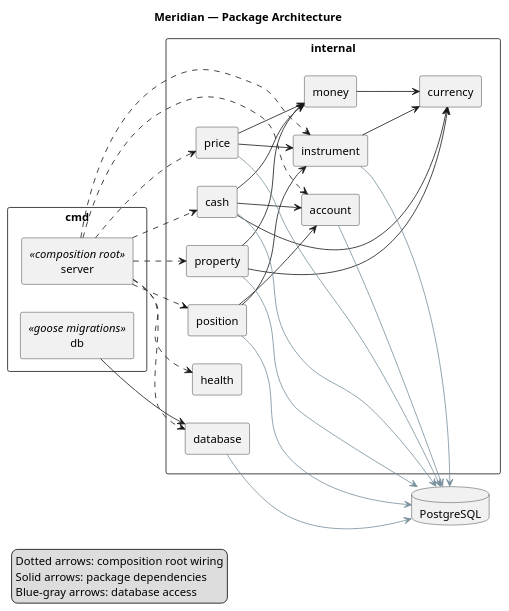
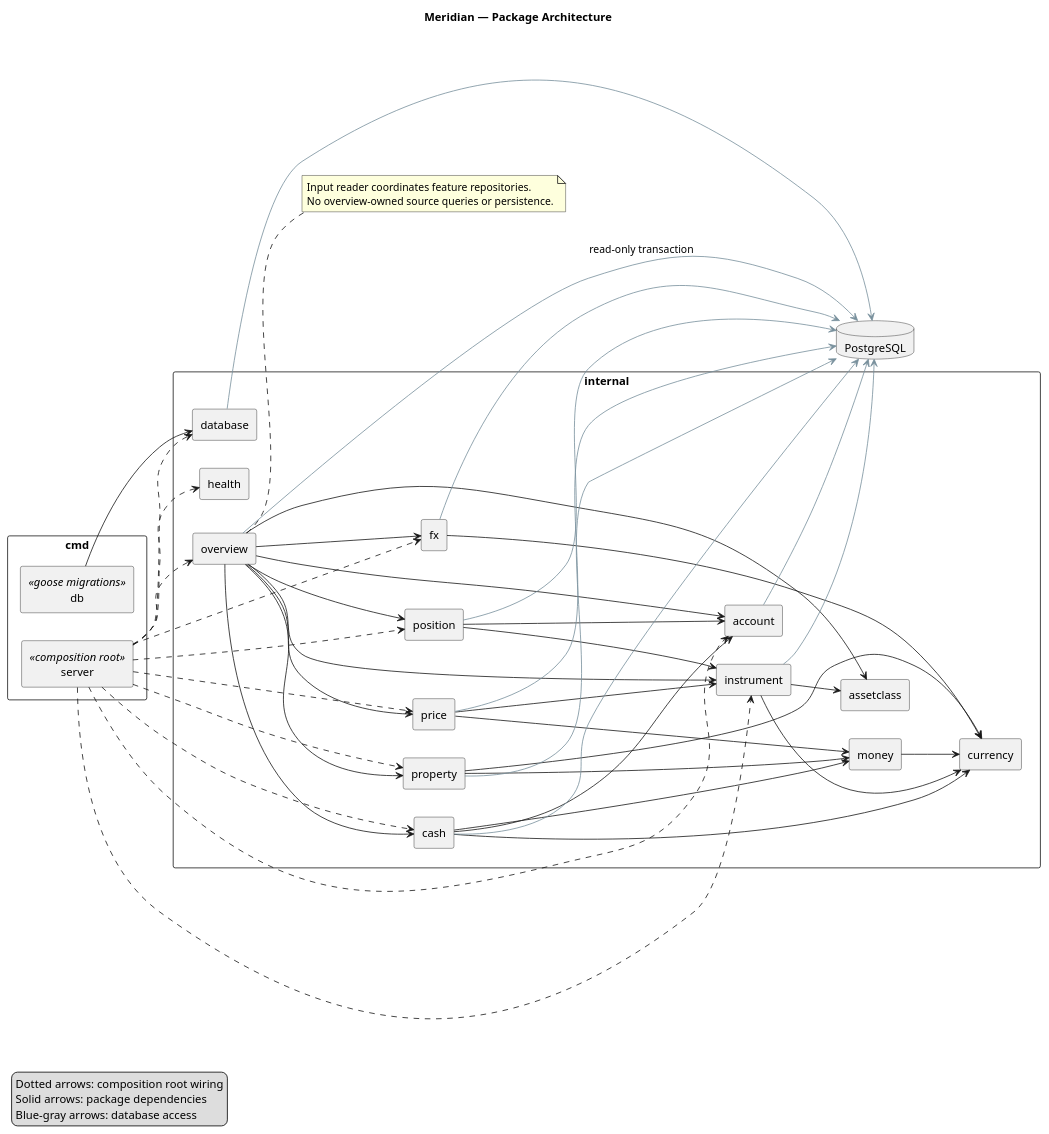
The diagram in docs/backend_architecture.puml (mgwinsor/meridian), drawn with PlantUML before and after one commit. The commit also changed 74 other files, not shown here.

Commit message:
add: overview, fx, asset classes

```diff
--- a/docs/backend_architecture.puml
+++ b/docs/backend_architecture.puml
@@ -1,88 +1,110 @@
 @startuml
 
 title Meridian — Package Architecture
 
 left to right direction
 
 skinparam componentStyle rectangle
 skinparam packageStyle rectangle
 skinparam shadowing false
 skinparam nodesep 35
 skinparam ranksep 55
 
 
 package "cmd" {
     component "server" as Server <<composition root>>
     component "db" as DBCommand <<goose migrations>>
 }
 
 package "internal" {
     together {
         component "account" as Account
         component "cash" as Cash
         component "property" as Property
         component "instrument" as Instrument
         component "position" as Position
         component "price" as Price
+        component "fx" as FX
+        component "overview" as Overview
     }
 
     together {
         component "money" as Money
         component "currency" as Currency
+        component "assetclass" as AssetClass
     }
 
     together {
         component "health" as Health
         component "database" as Database
     }
 }
 
 database "PostgreSQL" as Postgres
 
 ' Composition root wiring
 Server ..> Account
 Server ..> Cash
 Server ..> Property
 Server ..> Instrument
 Server ..> Position
 Server ..> Price
+Server ..> FX
+Server ..> Overview
 Server ..> Health
 Server ..> Database
 
 ' Command dependencies
 DBCommand --> Database
 
 ' Internal package dependencies
 Cash --> Account
 Cash --> Money
 Cash --> Currency
 
 Property --> Money
 Property --> Currency
 
 Instrument --> Currency
+Instrument --> AssetClass
 
 Position --> Account
 Position --> Instrument
 
 Price --> Instrument
 Price --> Money
+
+FX --> Currency
+Overview --> Account
+Overview --> Cash
+Overview --> Property
+Overview --> Instrument
+Overview --> Position
+Overview --> Price
+Overview --> FX
+Overview --> AssetClass
 
 Money --> Currency
 
 ' Database access
 Database -[#78909C]-> Postgres
 Account -[#78909C]-> Postgres
 Cash -[#78909C]-> Postgres
 Property -[#78909C]-> Postgres
 Instrument -[#78909C]-> Postgres
 Position -[#78909C]-> Postgres
 Price -[#78909C]-> Postgres
+FX -[#78909C]-> Postgres
+Overview -[#78909C]-> Postgres : read-only transaction
+note right of Overview
+  Input reader coordinates feature repositories.
+  No overview-owned source queries or persistence.
+end note
 
 legend bottom left
     Dotted arrows: composition root wiring
     Solid arrows: package dependencies
     Blue-gray arrows: database access
 endlegend
 
 @enduml
```
